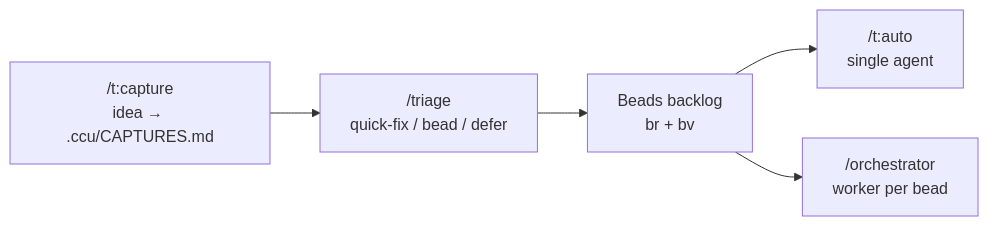
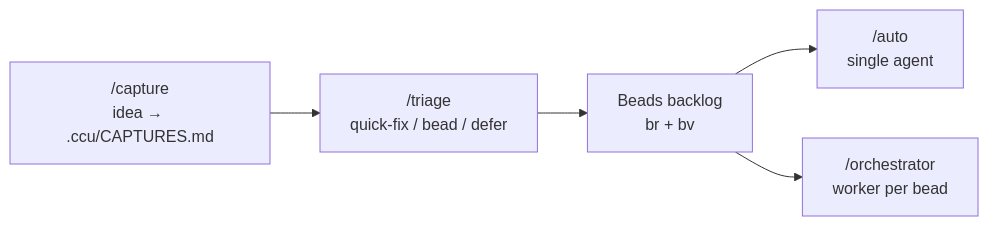
Before and after one commit to trungtnm/claude-code-utils: the first of 2 diagrams in README.md, drawn with Mermaid. The commit also changed other lines of this file and 144 other files, not shown here.

````diff
--- a/README.md
+++ b/README.md
@@ -47,7 +46,7 @@
 ```mermaid
 graph LR
-    A["/t:capture<br/>idea → .ccu/CAPTURES.md"] --> B["/triage<br/>quick-fix / bead / defer"]
+    A["/capture<br/>idea → .ccu/CAPTURES.md"] --> B["/triage<br/>quick-fix / bead / defer"]
     B --> C["Beads backlog<br/>br + bv"]
-    C --> D["/t:auto<br/>single agent"]
+    C --> D["/auto<br/>single agent"]
     C --> E["/orchestrator<br/>worker per bead"]
 ```
````
